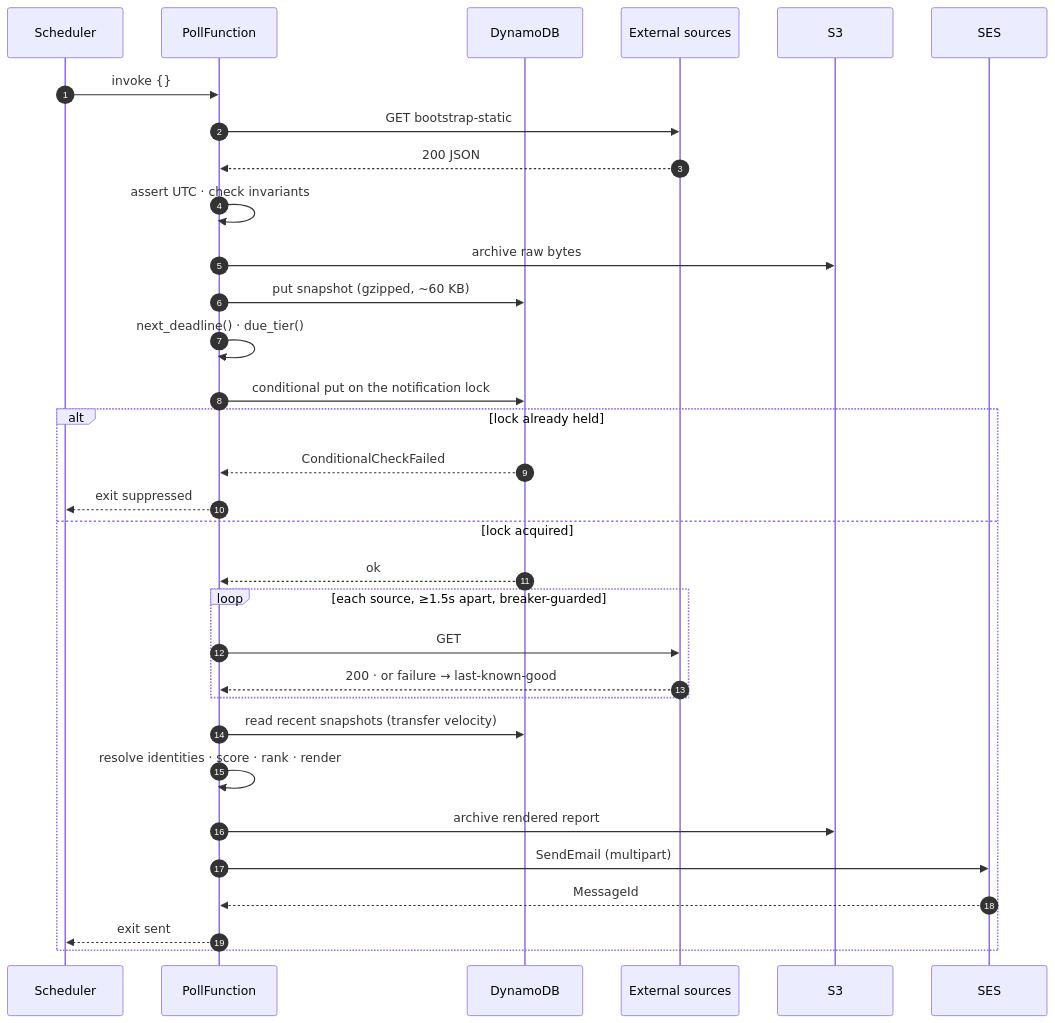
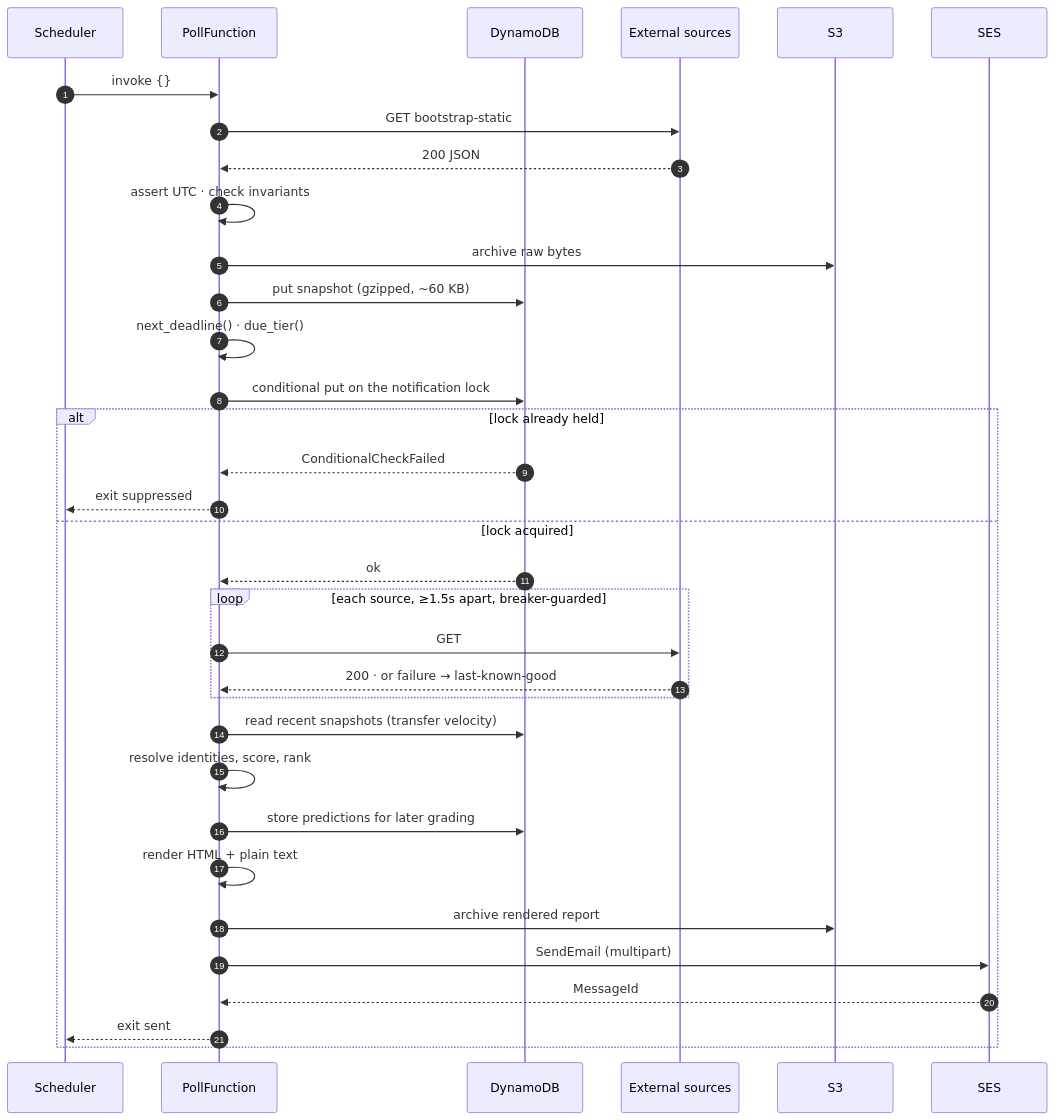
Before and after one commit to MasonGallagher/FplBot: the eighth of 12 diagrams in docs/DIAGRAMS.md, drawn with Mermaid. The commit also changed other lines of this file and 1 other file, not shown here.

````diff
--- a/docs/DIAGRAMS.md
+++ b/docs/DIAGRAMS.md
@@ -293,36 +304,38 @@
 ```mermaid
 sequenceDiagram
     autonumber
     participant SCH as Scheduler
     participant L as PollFunction
     participant D as DynamoDB
     participant EXT as External sources
     participant S3 as S3
     participant SES as SES
 
     SCH->>L: invoke {}
     L->>EXT: GET bootstrap-static
     EXT-->>L: 200 JSON
     L->>L: assert UTC · check invariants
     L->>S3: archive raw bytes
     L->>D: put snapshot (gzipped, ~60 KB)
 
     L->>L: next_deadline() · due_tier()
     L->>D: conditional put on the notification lock
     alt lock already held
         D-->>L: ConditionalCheckFailed
         L-->>SCH: exit suppressed
     else lock acquired
         D-->>L: ok
         loop each source, ≥1.5s apart, breaker-guarded
             L->>EXT: GET
             EXT-->>L: 200 · or failure → last-known-good
         end
         L->>D: read recent snapshots (transfer velocity)
-        L->>L: resolve identities · score · rank · render
+        L->>L: resolve identities, score, rank
+        L->>D: store predictions for later grading
+        L->>L: render HTML + plain text
         L->>S3: archive rendered report
         L->>SES: SendEmail (multipart)
         SES-->>L: MessageId
         L-->>SCH: exit sent
     end
 ```
````
